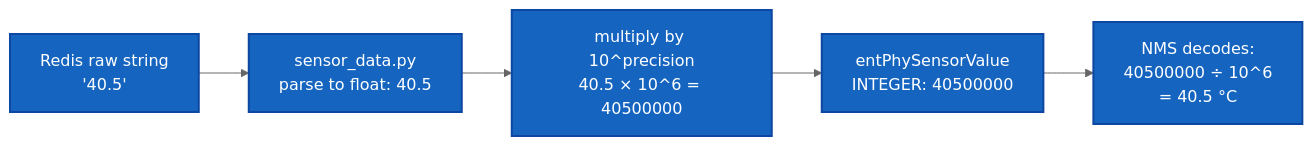
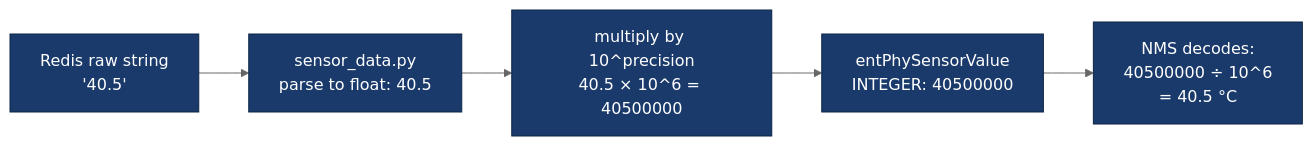
Diagram 14 of 17 in docs/nms_compliance_gaps.md (thongal-upscale/sonic-snmpagent), drawn with Mermaid (neutral theme) before and after one commit. The commit also changed other lines of this file, not shown here.

````diff
--- a/docs/nms_compliance_gaps.md
+++ b/docs/nms_compliance_gaps.md
@@ -986,12 +986,12 @@
 ```mermaid
 graph LR
-    classDef ex fill:#1565C0,color:#fff,stroke:#0D47A1,stroke-width:2px
+    classDef ex fill:#1a3a6b,color:#fff,stroke:#0d2545
 
     RAW["Redis raw string\n'40.5'"]:::ex
     STEP1["sensor_data.py\nparse to float: 40.5"]:::ex
     STEP2["multiply by 10^precision\n40.5 × 10^6 = 40500000"]:::ex
     OID_VAL["entPhySensorValue\nINTEGER: 40500000"]:::ex
     NMS["NMS decodes:\n40500000 ÷ 10^6\n= 40.5 °C"]:::ex
 
     RAW --> STEP1 --> STEP2 --> OID_VAL --> NMS
 ```
````
